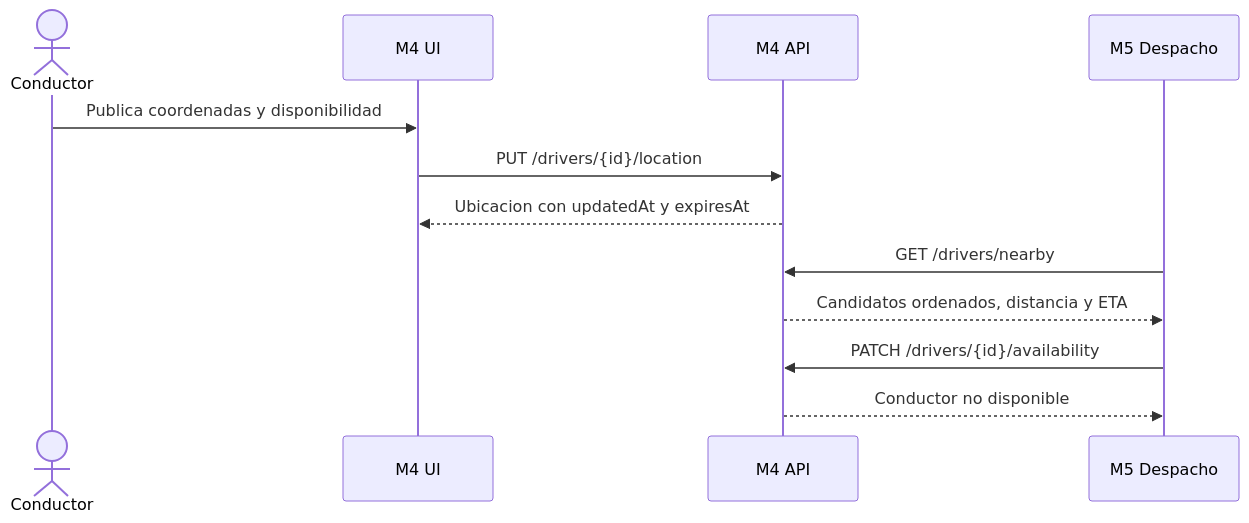
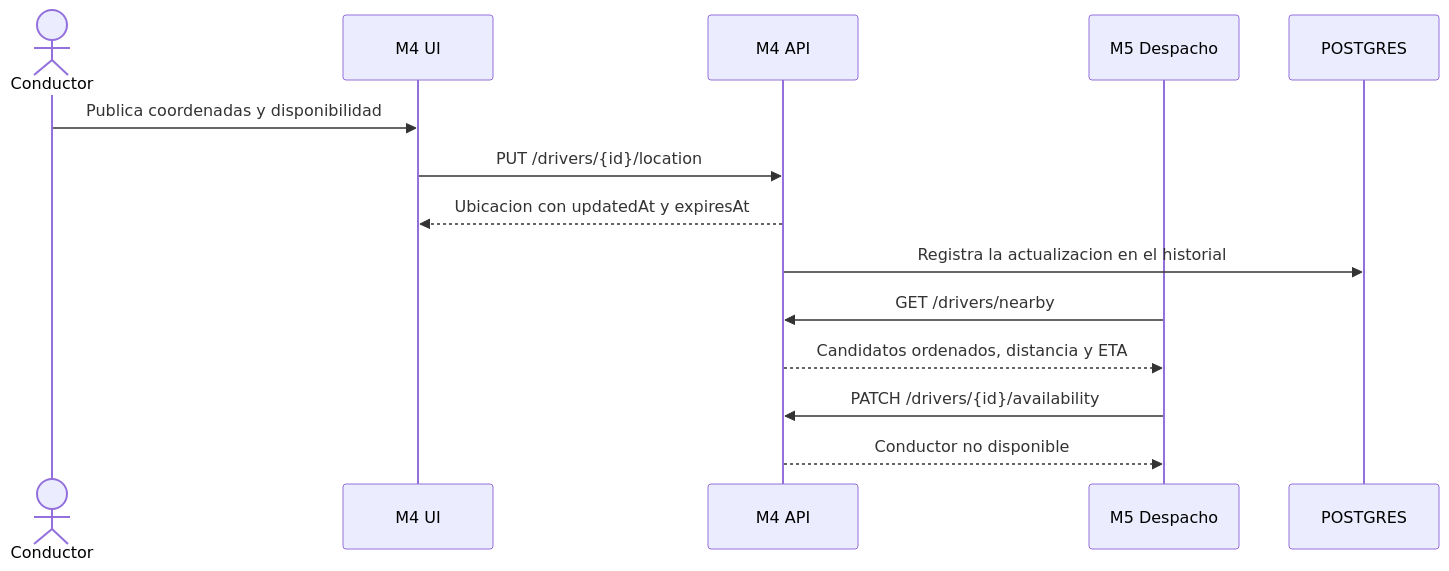
Before and after one commit to cuencadelplata/p3-ae1-2026: the second of 2 diagrams in modulo-4/docs/arquitectura.md, drawn with Mermaid. The commit also changed other lines of this file and 2 other files, not shown here.

````diff
--- a/modulo-4/docs/arquitectura.md
+++ b/modulo-4/docs/arquitectura.md
@@ -20,15 +21,16 @@
 ```mermaid
 sequenceDiagram
   actor Conductor
   participant UI as M4 UI
   participant API as M4 API
   participant M5 as M5 Despacho
 
   Conductor->>UI: Publica coordenadas y disponibilidad
   UI->>API: PUT /drivers/{id}/location
   API-->>UI: Ubicacion con updatedAt y expiresAt
+  API->>POSTGRES: Registra la actualizacion en el historial
   M5->>API: GET /drivers/nearby
   API-->>M5: Candidatos ordenados, distancia y ETA
   M5->>API: PATCH /drivers/{id}/availability
   API-->>M5: Conductor no disponible
 ```
````
